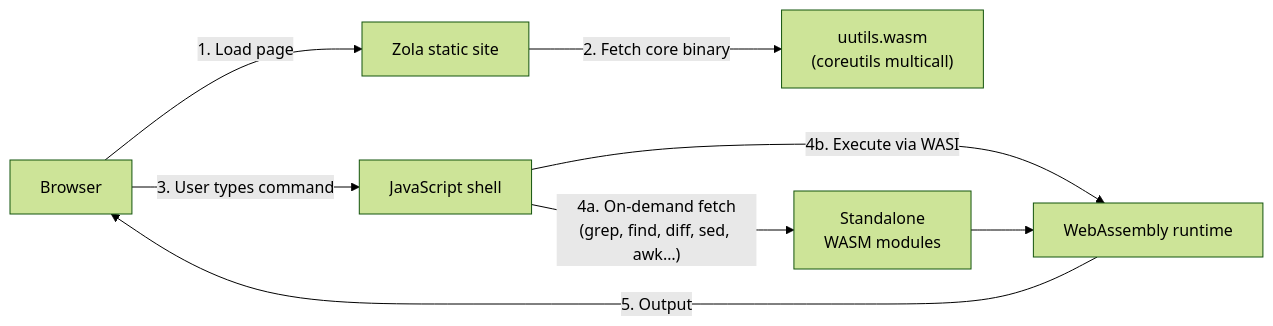
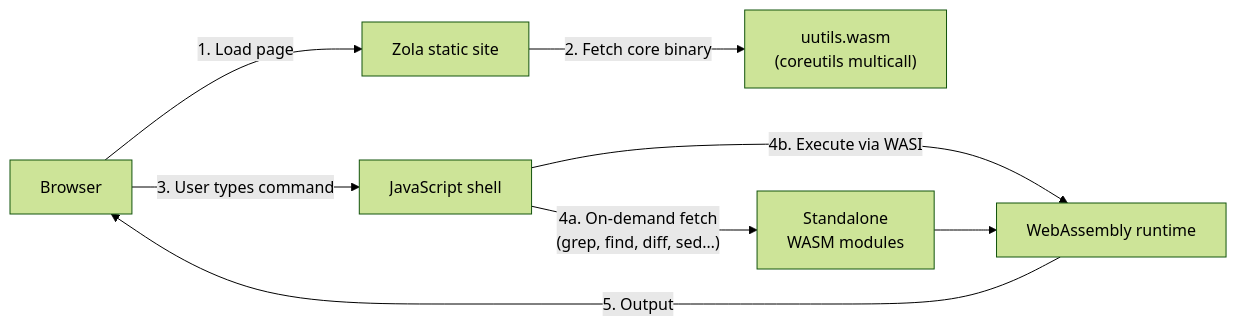
The first of 9 diagrams in content/playground-how-it-works.md (uutils/uutils.github.io), drawn with Mermaid (forest theme) before and after one commit. The commit also changed other lines of this file and 4 other files, not shown here.

```diff
--- a/content/playground-how-it-works.md
+++ b/content/playground-how-it-works.md
@@ -13,10 +13,10 @@
 <pre class="mermaid">
 flowchart LR
     A["Browser"] -->|"1. Load page"| B["Zola static site"]
     B -->|"2. Fetch core binary"| C["uutils.wasm<br/>(coreutils multicall)"]
     A -->|"3. User types command"| D["JavaScript shell"]
-    D -->|"4a. On-demand fetch<br/>(grep, find, diff, sed, awk…)"| F["Standalone<br/>WASM modules"]
+    D -->|"4a. On-demand fetch<br/>(grep, find, diff, sed…)"| F["Standalone<br/>WASM modules"]
     D -->|"4b. Execute via WASI"| E["WebAssembly runtime"]
     F --> E
     E -->|"5. Output"| A
 </pre>
```
